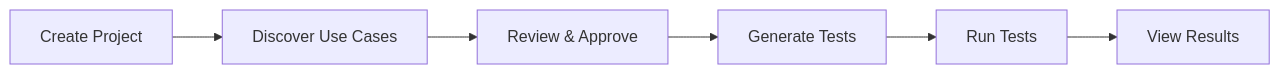
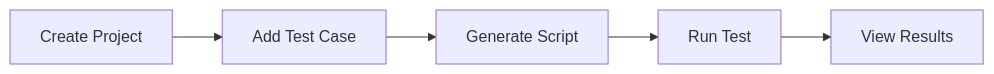
One commit to multiplex-ai/muggle-ai-docs changed the diagram in getting-started/mcp-quickstart.md. Above: the diagram before and after it, drawn with Mermaid. The commit also changed other lines of this file and 9 other files, not shown here.

````diff
--- a/getting-started/mcp-quickstart.md
+++ b/getting-started/mcp-quickstart.md
@@ -142,8 +103,7 @@
 ```mermaid
 flowchart LR
-    A["Create Project"] --> B["Discover Use Cases"]
-    B --> C["Review & Approve"]
-    C --> D["Generate Tests"]
-    D --> E["Run Tests"]
-    E --> F["View Results"]
+    A["Create Project"] --> B["Add Test Case"]
+    B --> C["Generate Script"]
+    C --> D["Run Test"]
+    D --> E["View Results"]
 ```
````
